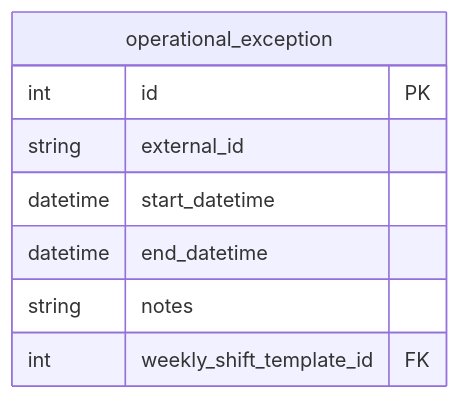
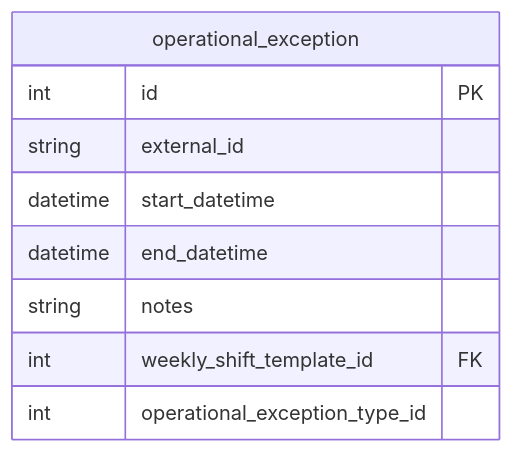
Before and after one commit to factryflow/factryflow-archive: diagram 11 of 26 in docs/technical-documentation/database-schema.md, drawn with Mermaid. The commit also changed other lines of this file, not shown here.

Commit message:
added Operation Exception Type Table

````diff
--- a/docs/technical-documentation/database-schema.md
+++ b/docs/technical-documentation/database-schema.md
@@ -140,11 +140,12 @@
 ``` mermaid
 erDiagram
     operational_exception {
         int id PK 
         string external_id
         datetime start_datetime
         datetime end_datetime
         string notes
         int weekly_shift_template_id FK
+        int operational_exception_type_id
     }
 ```
````
